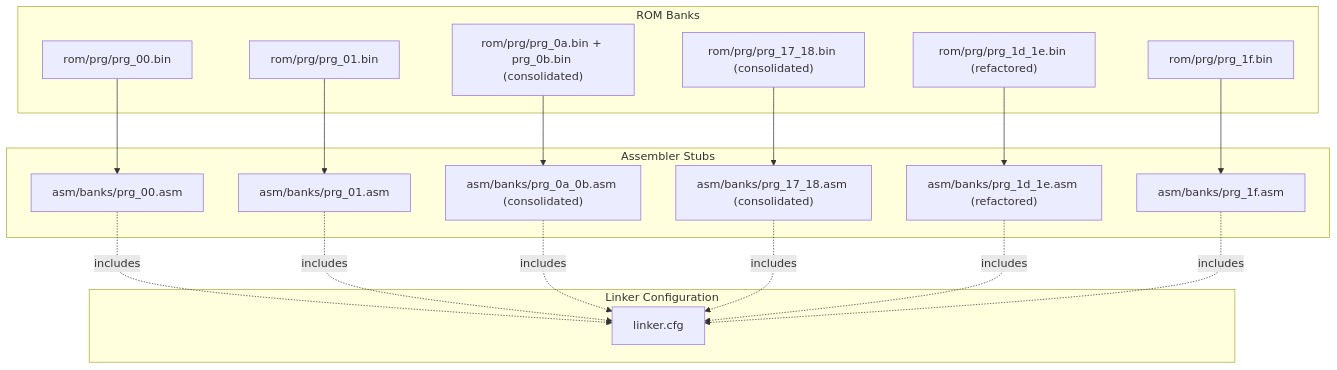
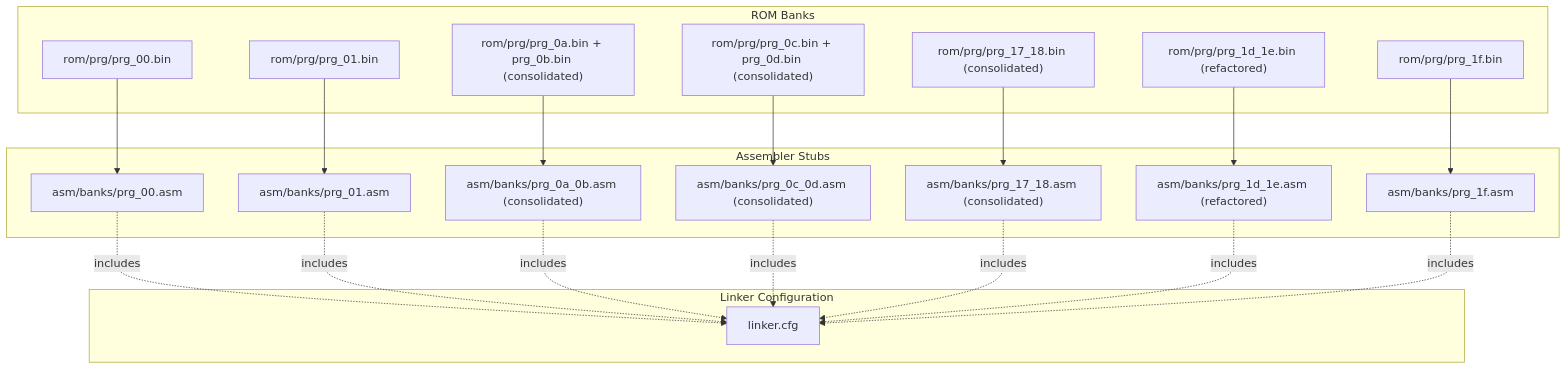
Before and after one commit to rabbyzero/sango2dasm: the first of 3 diagrams in .qoder/repowiki/en/content/Assembly Architecture/Bank Organization and Memory Layout.md, drawn with Mermaid. The commit also changed other lines of this file and 15 other files, not shown here.

````diff
--- a/.qoder/repowiki/en/content/Assembly Architecture/Bank Organization and Memory Layout.md
+++ b/.qoder/repowiki/en/content/Assembly Architecture/Bank Organization and Memory Layout.md
@@ -44,34 +44,38 @@
 ```mermaid
 graph TB
 subgraph "ROM Banks"
 B00["rom/prg/prg_00.bin"]
 B01["rom/prg/prg_01.bin"]
 B0A_0B["rom/prg/prg_0a.bin + prg_0b.bin (consolidated)"]
+B0C_0D["rom/prg/prg_0c.bin + prg_0d.bin (consolidated)"]
 B17_18["rom/prg/prg_17_18.bin (consolidated)"]
 B1D_1E["rom/prg/prg_1d_1e.bin (refactored)"]
 B1F["rom/prg/prg_1f.bin"]
 end
 subgraph "Assembler Stubs"
 S00["asm/banks/prg_00.asm"]
 S01["asm/banks/prg_01.asm"]
 S0A_0B["asm/banks/prg_0a_0b.asm (consolidated)"]
+S0C_0D["asm/banks/prg_0c_0d.asm (consolidated)"]
 S17_18["asm/banks/prg_17_18.asm (consolidated)"]
 S1D_1E["asm/banks/prg_1d_1e.asm (refactored)"]
 S1F["asm/banks/prg_1f.asm"]
 end
 subgraph "Linker Configuration"
 CFG["linker.cfg"]
 end
 B00 --> S00
 B01 --> S01
 B0A_0B --> S0A_0B
+B0C_0D --> S0C_0D
 B17_18 --> S17_18
 B1D_1E --> S1D_1E
 B1F --> S1F
 S00 -. includes .-> CFG
 S01 -. includes .-> CFG
 S0A_0B -. includes .-> CFG
+S0C_0D -. includes .-> CFG
 S17_18 -. includes .-> CFG
 S1D_1E -. includes .-> CFG
 S1F -. includes .-> CFG
 ```
````
